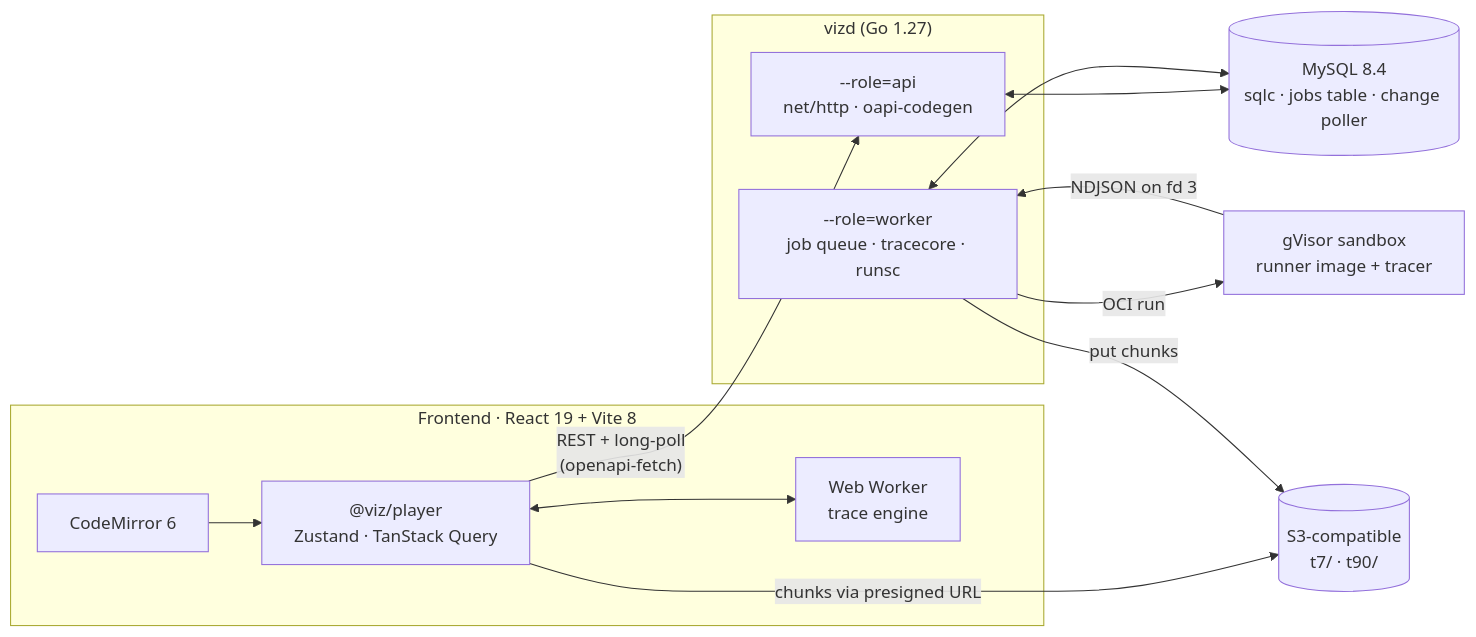
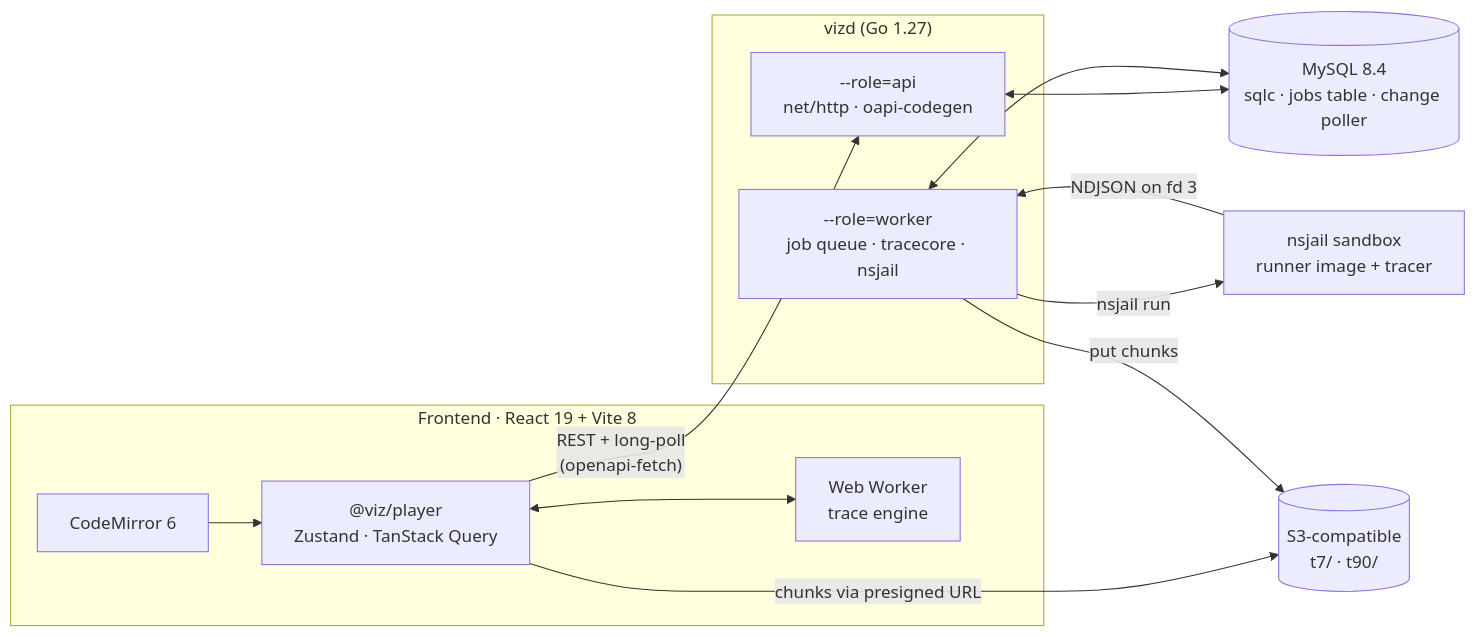
Before and after one commit to tu-hm/code-viz: the sixth of 6 diagrams in plans/code-visualizer-spec_2.md, drawn with Mermaid. The commit also changed other lines of this file and 1 other file, not shown here.

Commit message:
docs(plans): record g1 as nsjail with the s1b spike report

````diff
--- a/plans/code-visualizer-spec_2.md
+++ b/plans/code-visualizer-spec_2.md
@@ -1575,18 +1576,18 @@
 ```mermaid
 flowchart LR
   subgraph Web["Frontend · React 19 + Vite 8"]
     CM[CodeMirror 6] --> UI["@viz/player<br/>Zustand · TanStack Query"]
     UI <--> WK[Web Worker<br/>trace engine]
   end
   UI -- "REST + long-poll<br/>(openapi-fetch)" --> API
   UI -- "chunks via presigned URL" --> S3
   subgraph Go["vizd (Go 1.27)"]
     API["--role=api<br/>net/http · oapi-codegen"]
-    WRK["--role=worker<br/>job queue · tracecore · runsc"]
+    WRK["--role=worker<br/>job queue · tracecore · nsjail"]
   end
   API <--> PG[(MySQL 8.4<br/>sqlc · jobs table · change poller)]
   WRK <--> PG
-  WRK -- "OCI run" --> SB[gVisor sandbox<br/>runner image + tracer]
+  WRK -- "nsjail run" --> SB[nsjail sandbox<br/>runner image + tracer]
   SB -- "NDJSON on fd 3" --> WRK
   WRK -- "put chunks" --> S3[(S3-compatible<br/>t7/ · t90/)]
 ```
````
